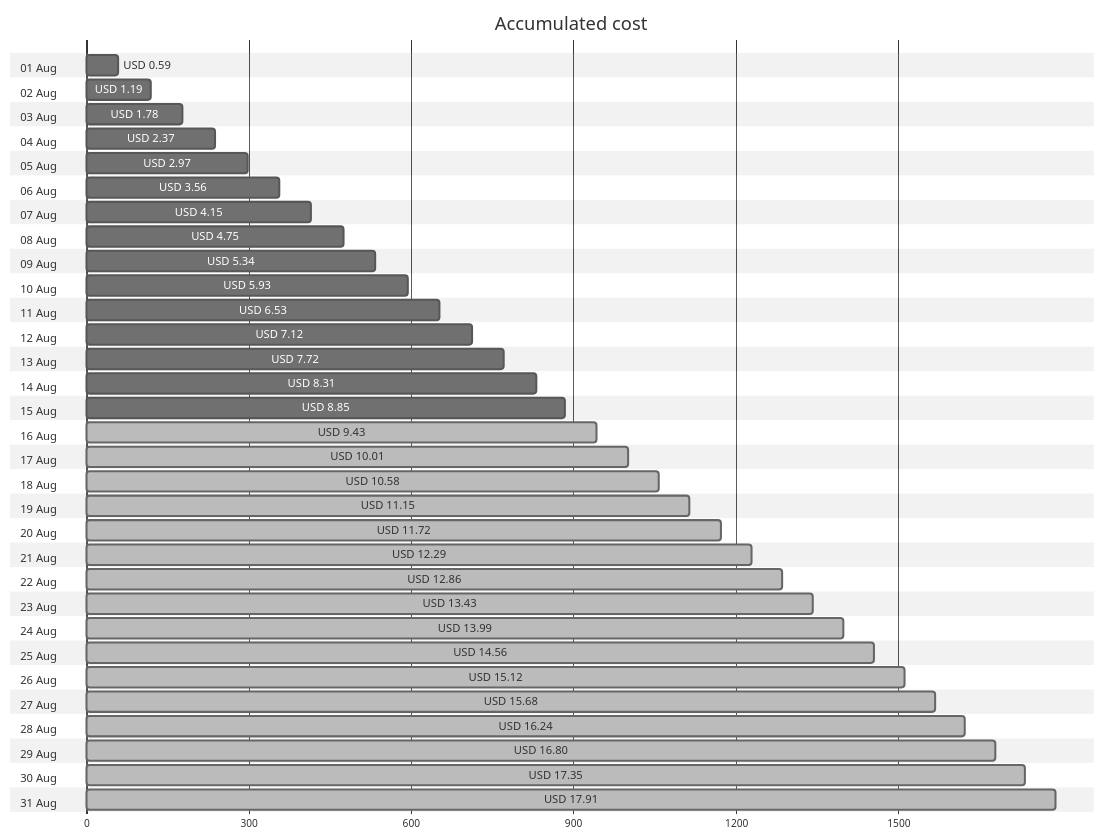
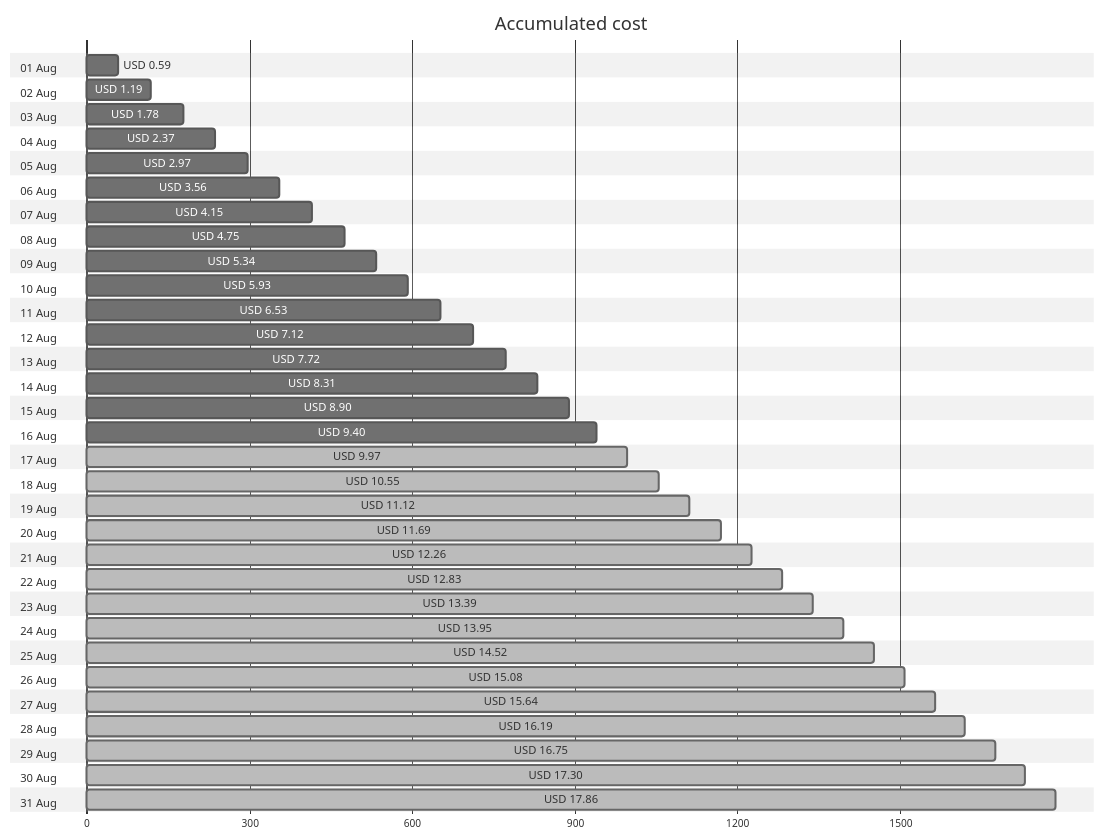
The first of 4 diagrams in cost-reports/personal-site/README.md (jpfulton/azure-personal-reports), drawn with Mermaid (neutral theme) before and after one commit. The commit also changed other lines of this file and 6 other files, not shown here.

````diff
--- a/cost-reports/personal-site/README.md
+++ b/cost-reports/personal-site/README.md
@@ -20,68 +20,68 @@
 ```mermaid
 gantt
    title Accumulated cost
    dateFormat  X
    axisFormat %s
    section 01 Aug
    USD 0.59 :0, 59
    section 02 Aug
    USD 1.19 :0, 119
    section 03 Aug
    USD 1.78 :0, 178
    section 04 Aug
    USD 2.37 :0, 237
    section 05 Aug
    USD 2.97 :0, 297
    section 06 Aug
    USD 3.56 :0, 356
    section 07 Aug
    USD 4.15 :0, 415
    section 08 Aug
    USD 4.75 :0, 475
    section 09 Aug
    USD 5.34 :0, 534
    section 10 Aug
    USD 5.93 :0, 593
    section 11 Aug
    USD 6.53 :0, 653
    section 12 Aug
    USD 7.12 :0, 712
    section 13 Aug
    USD 7.72 :0, 772
    section 14 Aug
    USD 8.31 :0, 831
    section 15 Aug
-   USD 8.85 :0, 885
+   USD 8.90 :0, 890
    section 16 Aug
-   USD 9.43 : done, 0, 943
+   USD 9.40 :0, 940
    section 17 Aug
-   USD 10.01 : done, 0, 1001
+   USD 9.97 : done, 0, 997
    section 18 Aug
-   USD 10.58 : done, 0, 1058
+   USD 10.55 : done, 0, 1055
    section 19 Aug
-   USD 11.15 : done, 0, 1115
+   USD 11.12 : done, 0, 1112
    section 20 Aug
-   USD 11.72 : done, 0, 1172
+   USD 11.69 : done, 0, 1169
    section 21 Aug
-   USD 12.29 : done, 0, 1229
+   USD 12.26 : done, 0, 1226
    section 22 Aug
-   USD 12.86 : done, 0, 1286
+   USD 12.83 : done, 0, 1283
    section 23 Aug
-   USD 13.43 : done, 0, 1343
+   USD 13.39 : done, 0, 1339
    section 24 Aug
-   USD 13.99 : done, 0, 1399
+   USD 13.95 : done, 0, 1395
    section 25 Aug
-   USD 14.56 : done, 0, 1456
+   USD 14.52 : done, 0, 1452
    section 26 Aug
-   USD 15.12 : done, 0, 1512
+   USD 15.08 : done, 0, 1508
    section 27 Aug
-   USD 15.68 : done, 0, 1568
+   USD 15.64 : done, 0, 1564
    section 28 Aug
-   USD 16.24 : done, 0, 1624
+   USD 16.19 : done, 0, 1619
    section 29 Aug
-   USD 16.80 : done, 0, 1680
+   USD 16.75 : done, 0, 1675
    section 30 Aug
-   USD 17.35 : done, 0, 1735
+   USD 17.30 : done, 0, 1730
    section 31 Aug
-   USD 17.91 : done, 0, 1791
+   USD 17.86 : done, 0, 1786
 ```
````
